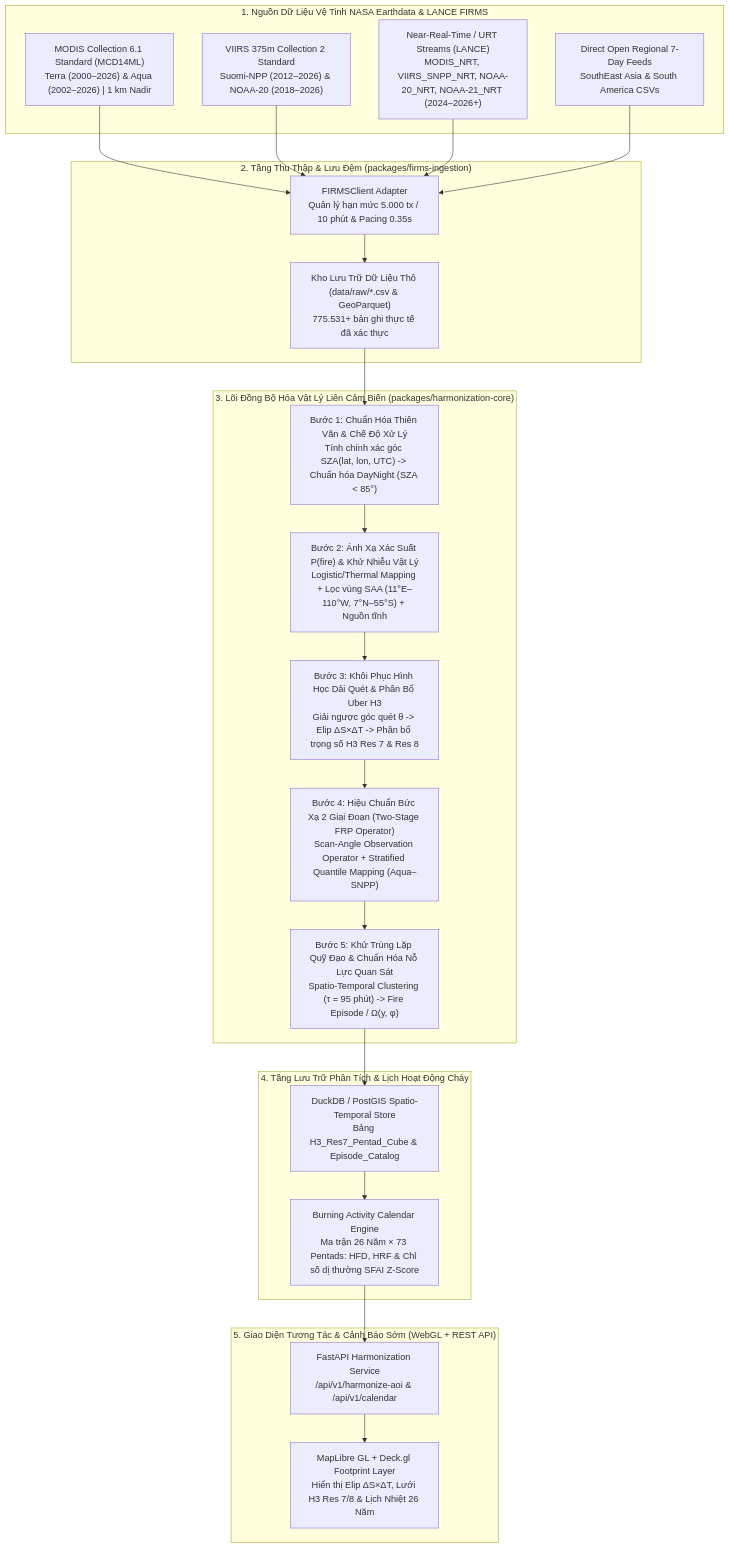
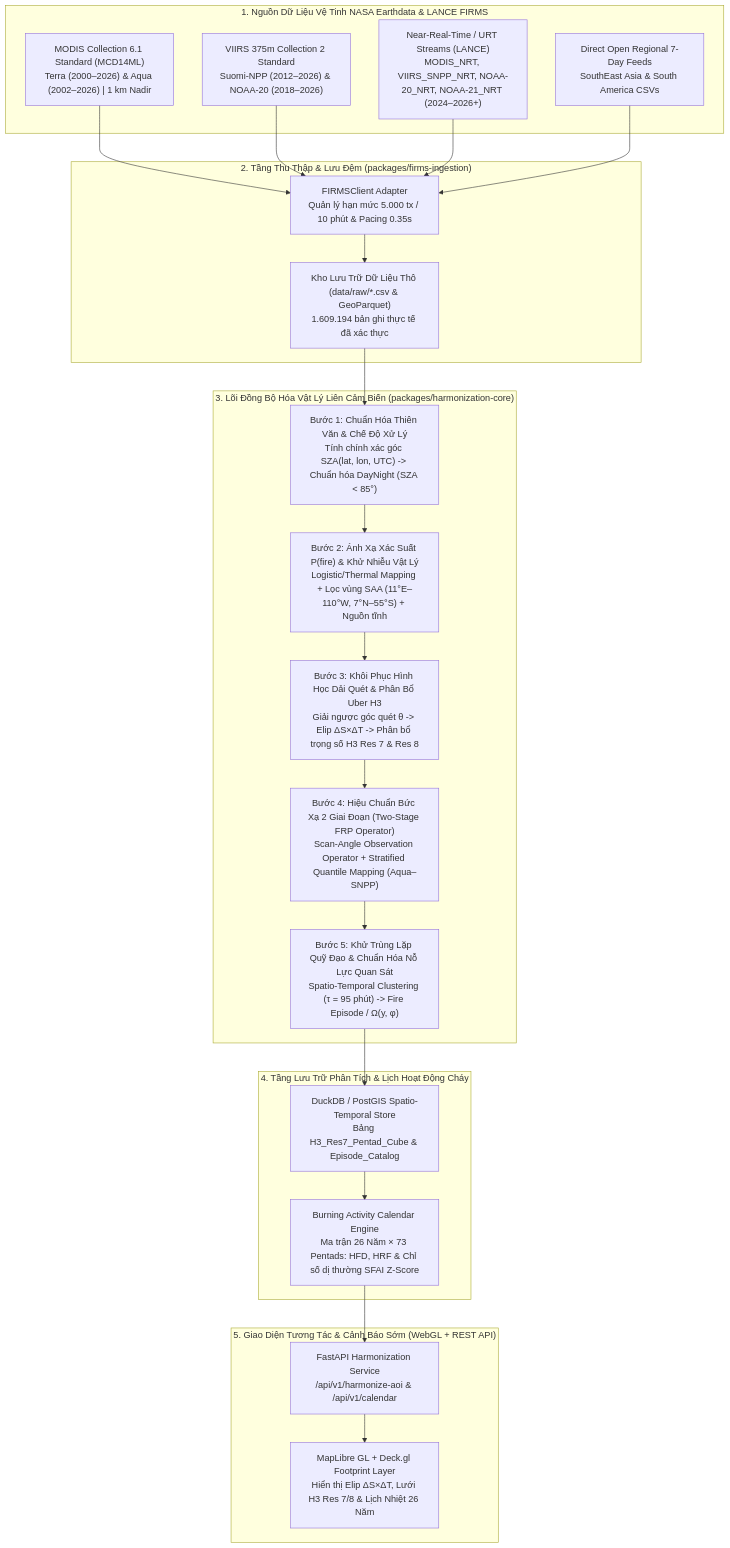
The first of 2 diagrams in docs/03_System_Architecture_and_Data_Pipeline.md (the-aris-club/flare-chronos), drawn with Mermaid before and after one commit. The commit also changed other lines of this file and 19 other files, not shown here.

````diff
--- a/docs/03_System_Architecture_and_Data_Pipeline.md
+++ b/docs/03_System_Architecture_and_Data_Pipeline.md
@@ -65,38 +65,38 @@
 ```mermaid
 flowchart TB
     subgraph NASA_SOURCES["1. Nguồn Dữ Liệu Vệ Tinh NASA Earthdata & LANCE FIRMS"]
         MODIS_SP["MODIS Collection 6.1 Standard (MCD14ML)<br/>Terra (2000–2026) & Aqua (2002–2026) | 1 km Nadir"]
         VIIRS_SP["VIIRS 375m Collection 2 Standard<br/>Suomi-NPP (2012–2026) & NOAA-20 (2018–2026)"]
         NRT_STREAMS["Near-Real-Time / URT Streams (LANCE)<br/>MODIS_NRT, VIIRS_SNPP_NRT, NOAA-20_NRT, NOAA-21_NRT (2024–2026+)"]
         OPEN_FEEDS["Direct Open Regional 7-Day Feeds<br/>SouthEast Asia & South America CSVs"]
     end
 
     subgraph INGESTION_SEAM["2. Tầng Thu Thập & Lưu Đệm (packages/firms-ingestion)"]
         API_ADAPTER["FIRMSClient Adapter<br/>Quản lý hạn mức 5.000 tx / 10 phút & Pacing 0.35s"]
-        RAW_CACHE["Kho Lưu Trữ Dữ Liệu Thô (data/raw/*.csv & GeoParquet)<br/>775.531+ bản ghi thực tế đã xác thực"]
+        RAW_CACHE["Kho Lưu Trữ Dữ Liệu Thô (data/raw/*.csv & GeoParquet)<br/>1.609.194 bản ghi thực tế đã xác thực"]
     end
 
     subgraph CORE_ENGINE["3. Lõi Đồng Bộ Hóa Vật Lý Liên Cảm Biến (packages/harmonization-core)"]
         STEP1["Bước 1: Chuẩn Hóa Thiên Văn & Chế Độ Xử Lý<br/>Tính chính xác góc SZA(lat, lon, UTC) -> Chuẩn hóa DayNight (SZA < 85°)"]
         STEP2["Bước 2: Ánh Xạ Xác Suất P(fire) & Khử Nhiễu Vật Lý<br/>Logistic/Thermal Mapping + Lọc vùng SAA (11°E–110°W, 7°N–55°S) + Nguồn tĩnh"]
         STEP3["Bước 3: Khôi Phục Hình Học Dải Quét & Phân Bổ Uber H3<br/>Giải ngược góc quét θ -> Elip ΔS×ΔT -> Phân bổ trọng số H3 Res 7 & Res 8"]
         STEP4["Bước 4: Hiệu Chuẩn Bức Xạ 2 Giai Đoạn (Two-Stage FRP Operator)<br/>Scan-Angle Observation Operator + Stratified Quantile Mapping (Aqua–SNPP)"]
         STEP5["Bước 5: Khử Trùng Lặp Quỹ Đạo & Chuẩn Hóa Nỗ Lực Quan Sát<br/>Spatio-Temporal Clustering (τ = 95 phút) -> Fire Episode / Ω(y, φ)"]
     end
 
     subgraph CALENDAR_STORAGE["4. Tầng Lưu Trữ Phân Tích & Lịch Hoạt Động Cháy"]
         DUCKDB["DuckDB / PostGIS Spatio-Temporal Store<br/>Bảng H3_Res7_Pentad_Cube & Episode_Catalog"]
         CAL_ENGINE["Burning Activity Calendar Engine<br/>Ma trận 26 Năm × 73 Pentads: HFD, HRF & Chỉ số dị thường SFAI Z-Score"]
     end
 
     subgraph PRESENTATION["5. Giao Diện Tương Tác & Cảnh Báo Sớm (WebGL + REST API)"]
         FASTAPI["FastAPI Harmonization Service<br/>/api/v1/harmonize-aoi & /api/v1/calendar"]
         DECKGL["MapLibre GL + Deck.gl Footprint Layer<br/>Hiển thị Elip ΔS×ΔT, Lưới H3 Res 7/8 & Lịch Nhiệt 26 Năm"]
     end
 
     MODIS_SP & VIIRS_SP & NRT_STREAMS & OPEN_FEEDS --> API_ADAPTER
     API_ADAPTER --> RAW_CACHE
     RAW_CACHE --> STEP1 --> STEP2 --> STEP3 --> STEP4 --> STEP5
     STEP5 --> DUCKDB --> CAL_ENGINE
     CAL_ENGINE --> FASTAPI --> DECKGL
 ```
````
